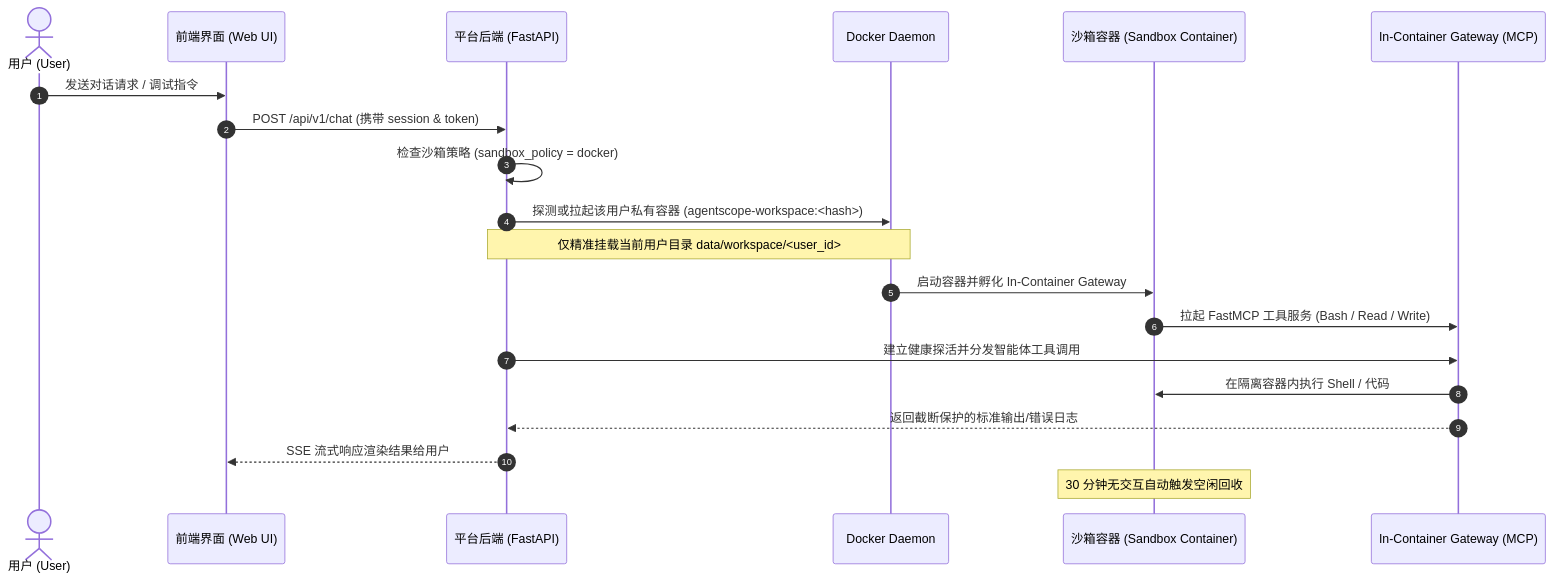
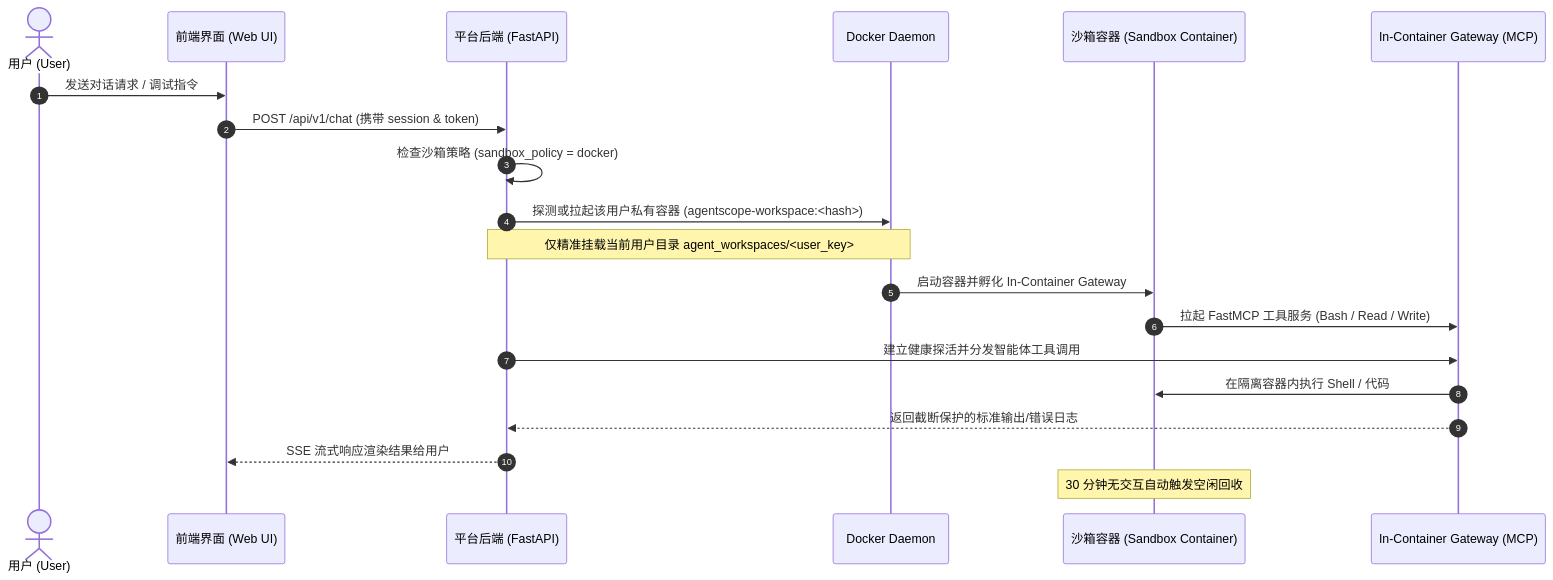
Before and after one commit to RandyChen1985/nanzi-agic: diagram 19 of 20 in products/FAQ.md, drawn with Mermaid. The commit also changed other lines of this file and 1 other file, not shown here.

````diff
--- a/products/FAQ.md
+++ b/products/FAQ.md
@@ -1730,23 +2685,23 @@
 ```mermaid
 sequenceDiagram
     autonumber
     actor User as 用户 (User)
     participant Front as 前端界面 (Web UI)
     participant Backend as 平台后端 (FastAPI)
     participant Daemon as Docker Daemon
     participant Container as 沙箱容器 (Sandbox Container)
     participant Gateway as In-Container Gateway (MCP)
 
     User->>Front: 发送对话请求 / 调试指令
     Front->>Backend: POST /api/v1/chat (携带 session & token)
     Backend->>Backend: 检查沙箱策略 (sandbox_policy = docker)
     Backend->>Daemon: 探测或拉起该用户私有容器 (agentscope-workspace:<hash>)
-    Note over Backend,Daemon: 仅精准挂载当前用户目录 data/workspace/<user_id>
+    Note over Backend,Daemon: 仅精准挂载当前用户目录 agent_workspaces/<user_key>
     Daemon->>Container: 启动容器并孵化 In-Container Gateway
     Container->>Gateway: 拉起 FastMCP 工具服务 (Bash / Read / Write)
     Backend->>Gateway: 建立健康探活并分发智能体工具调用
     Gateway->>Container: 在隔离容器内执行 Shell / 代码
     Gateway-->>Backend: 返回截断保护的标准输出/错误日志
     Backend-->>Front: SSE 流式响应渲染结果给用户
     Note over Container: 30 分钟无交互自动触发空闲回收
 ```
````
